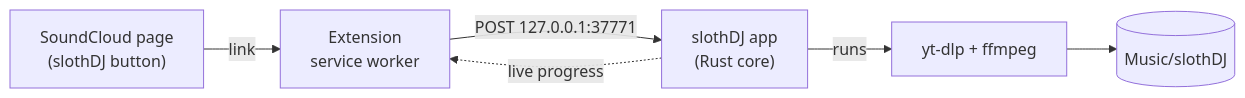
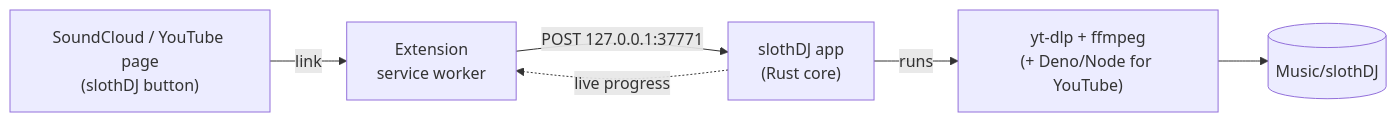
One commit to BaraaJadaan/slothDJ changed the diagram in README.md. Above: the diagram before and after it, drawn with Mermaid. The commit also changed other lines of this file and 36 other files, not shown here.

First line of the commit message:
slothDJ 1.1: YouTube, search, tray, auto-update

````diff
--- a/README.md
+++ b/README.md
@@ -106,8 +118,8 @@
 ```mermaid
 flowchart LR
-    A["SoundCloud page<br/>(slothDJ button)"] -->|link| B["Extension<br/>service worker"]
+    A["SoundCloud / YouTube page<br/>(slothDJ button)"] -->|link| B["Extension<br/>service worker"]
     B -->|"POST 127.0.0.1:37771"| C["slothDJ app<br/>(Rust core)"]
-    C -->|runs| D["yt-dlp + ffmpeg"]
+    C -->|runs| D["yt-dlp + ffmpeg<br/>(+ Deno/Node for YouTube)"]
     D --> E[("Music/slothDJ")]
     C -. live progress .-> B
 ```
````
